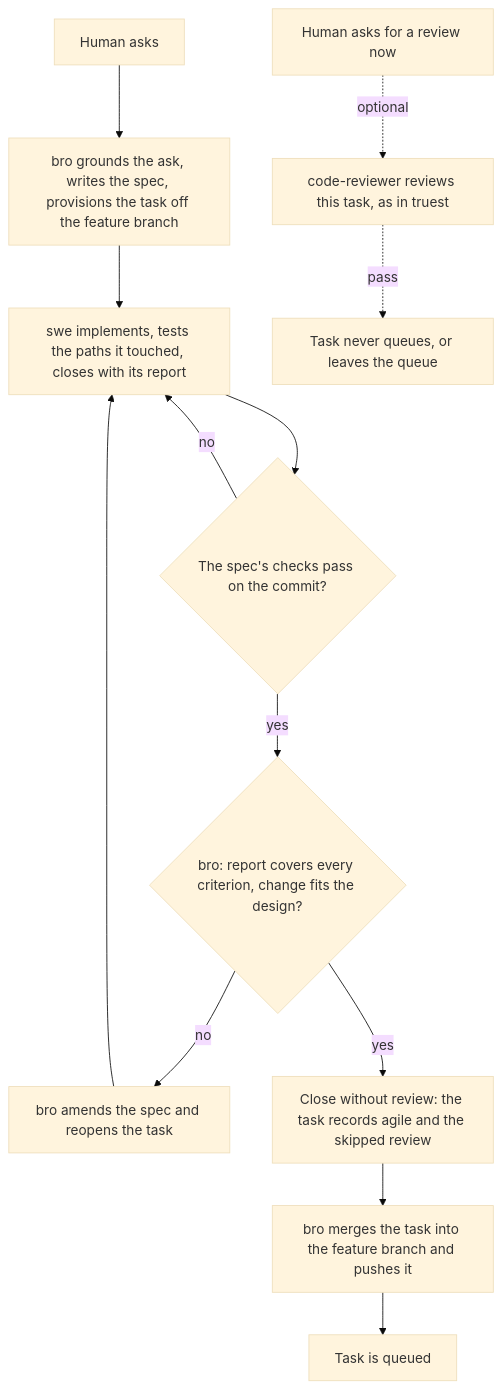
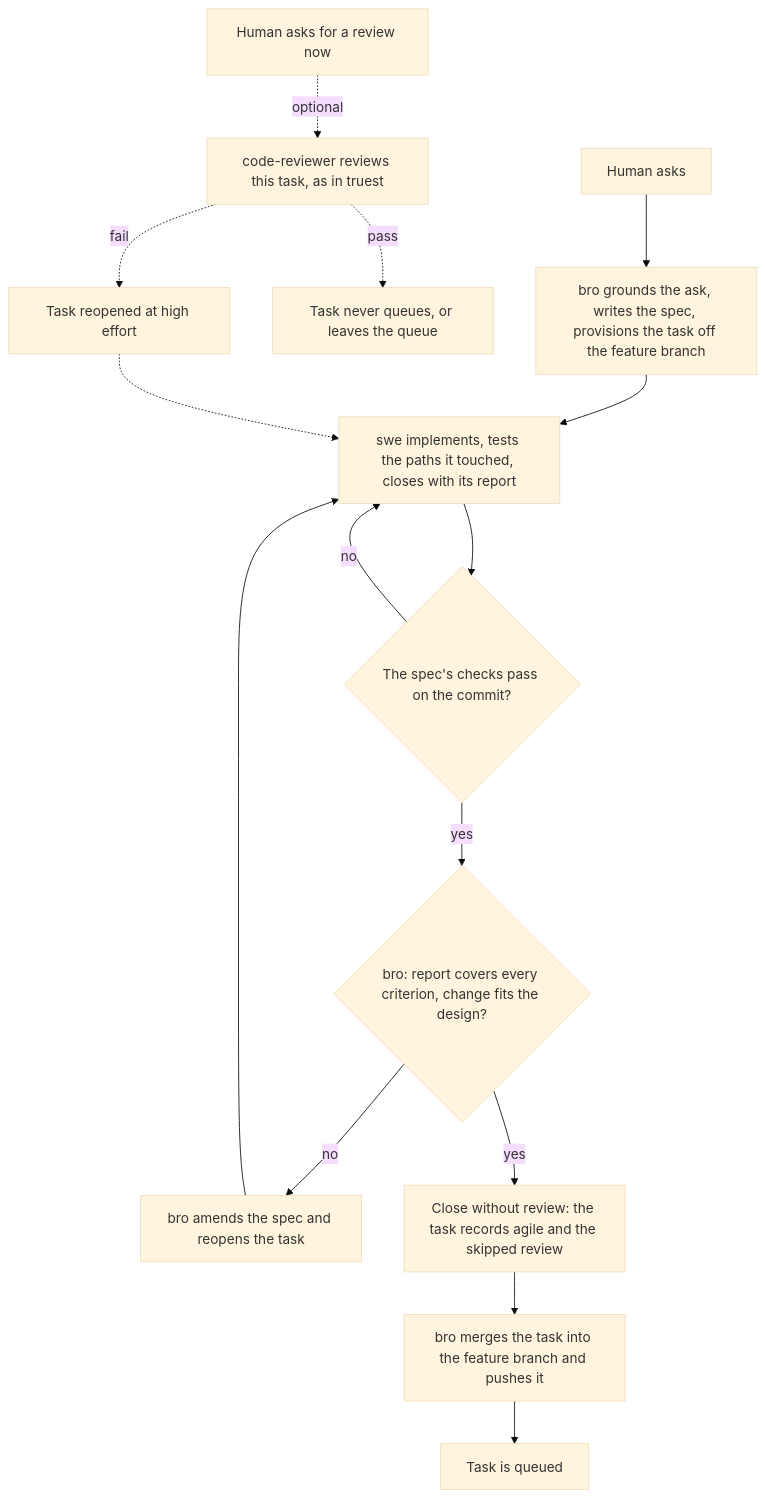
The fourth of 8 diagrams in docs/architecture/AGILE.md (trustmybot/plugin), drawn with Mermaid (base theme) before and after one commit. The commit also changed other lines of this file and 4 other files, not shown here.

First line of the commit message:
📝 docs(tasks): fill lifecycle gaps in TASKS, FLOWS and AGILE (GH 3251)

````diff
--- a/docs/architecture/AGILE.md
+++ b/docs/architecture/AGILE.md
@@ -81,15 +88,17 @@
 ```mermaid
 flowchart TD
     A[Human asks] --> B[bro grounds the ask, writes the spec, provisions the task off the feature branch]
     B --> C[swe implements, tests the paths it touched, closes with its report]
     C --> V{The spec's checks pass on the commit?}
     V -- no --> C
     V -- yes --> E{bro: report covers every criterion, change fits the design?}
     E -- no --> R[bro amends the spec and reopens the task]
     R --> C
     E -- yes --> F[Close without review: the task records agile and the skipped review]
     F --> G[bro merges the task into the feature branch and pushes it]
     G --> Q[Task is queued]
     H[Human asks for a review now] -. optional .-> CR[code-reviewer reviews this task, as in truest]
     CR -. pass .-> X[Task never queues, or leaves the queue]
+    CR -. fail .-> RF[Task reopened at high effort]
+    RF -.-> C
 ```
````
